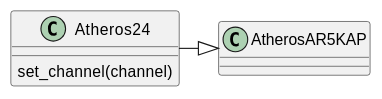
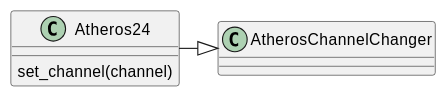
The first of 3 diagrams in apcommand/accesspoints/atheros.rst (russell-n/apcommand), drawn with PlantUML before and after one commit. The commit also changed other lines of this file and 3 other files, not shown here.

```diff
--- a/apcommand/accesspoints/atheros.rst
+++ b/apcommand/accesspoints/atheros.rst
@@ -23,4 +30,4 @@
 .. uml::
 
-   Atheros24 -|> AtherosAR5KAP
+   Atheros24 -|> AtherosChannelChanger
    Atheros24 : set_channel(channel)
```
